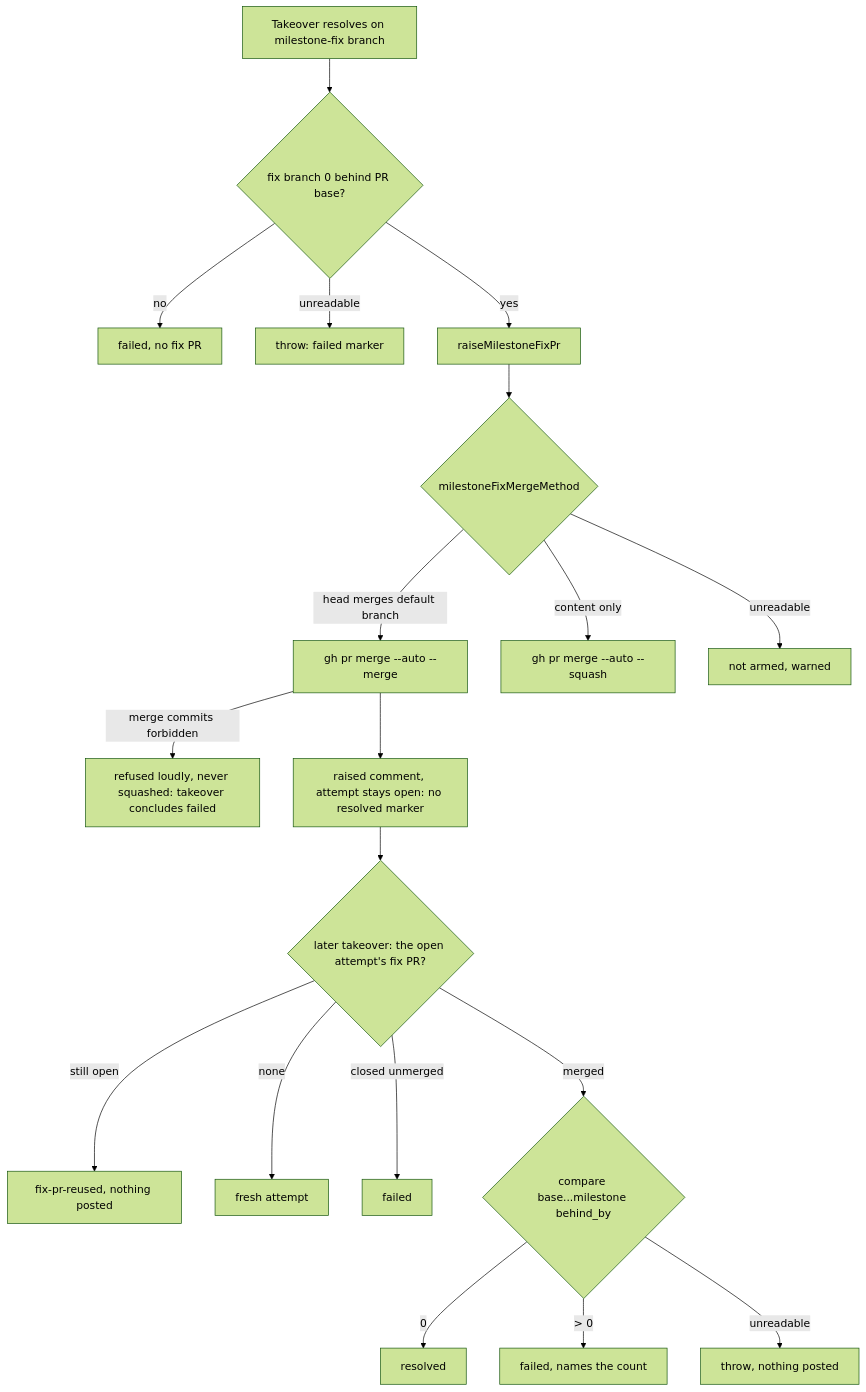
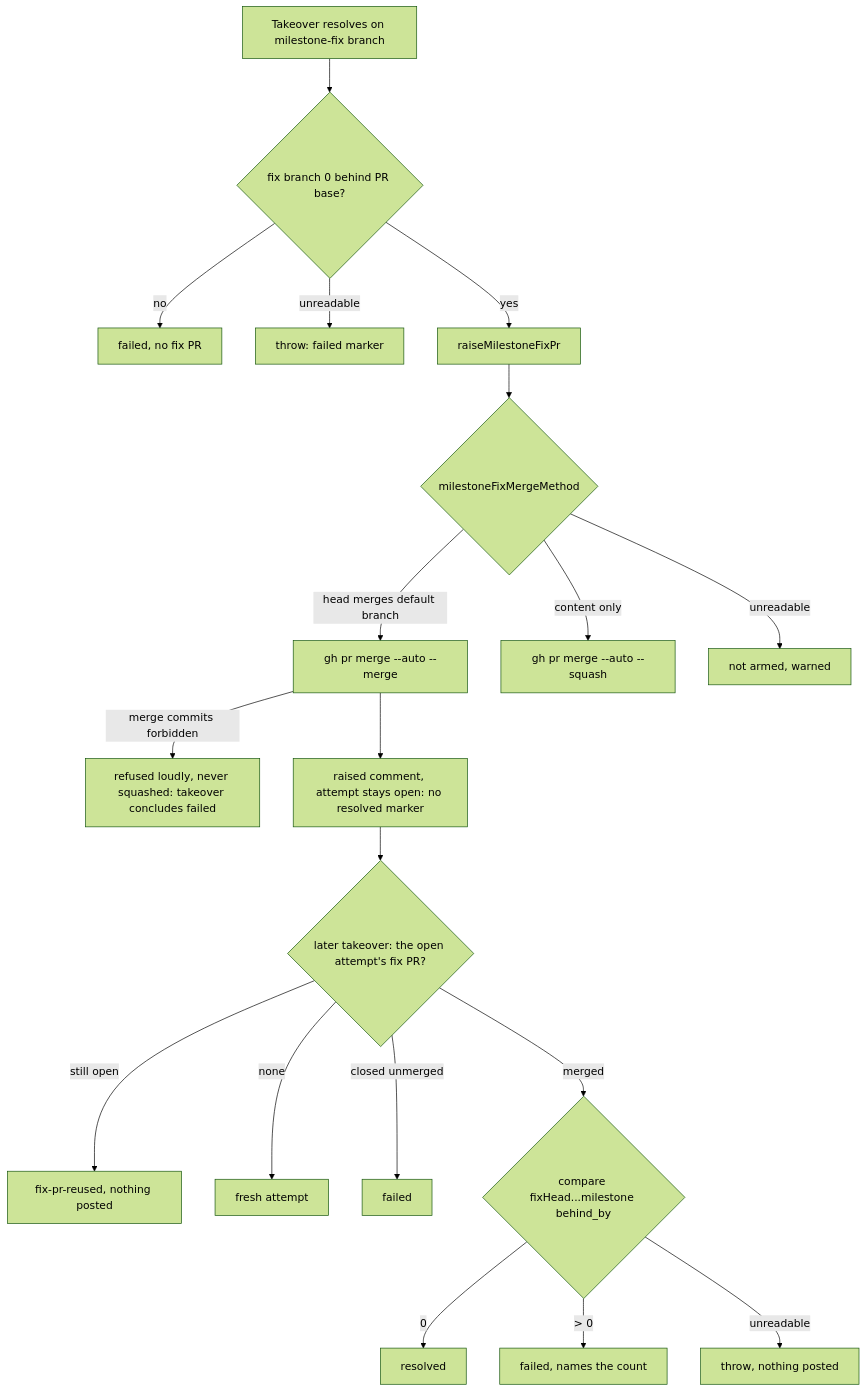
One commit to stSoftwareAU/VibeCoder changed the diagram in docs/archive/pr-summaries/pr-summary-3596.md. Above: the diagram before and after it, drawn with Mermaid (forest theme). The commit also changed other lines of this file and 3 other files, not shown here.

First line of the commit message:
Judge a landed takeover fix PR by its own head, not the base tip (#3596)

````diff
--- a/docs/archive/pr-summaries/pr-summary-3596.md
+++ b/docs/archive/pr-summaries/pr-summary-3596.md
@@ -30,21 +30,21 @@
 ```mermaid
 flowchart TD
     A[Takeover resolves on milestone-fix branch] --> B{fix branch 0 behind PR base?}
     B -- no --> F[failed, no fix PR]
     B -- unreadable --> T[throw: failed marker]
     B -- yes --> C[raiseMilestoneFixPr]
     C --> D{milestoneFixMergeMethod}
     D -- head merges default branch --> M["gh pr merge --auto --merge"]
     D -- content only --> S["gh pr merge --auto --squash"]
     D -- unreadable --> U[not armed, warned]
     M -- merge commits forbidden --> R[refused loudly, never squashed: takeover concludes failed]
     M --> P[raised comment, attempt stays open: no resolved marker]
     P --> X{later takeover: the open attempt's fix PR?}
     X -- "still open" --> XR[fix-pr-reused, nothing posted]
     X -- "none" --> XN[fresh attempt]
     X -- "closed unmerged" --> XF[failed]
-    X -- merged --> Y{"compare base...milestone behind_by"}
+    X -- merged --> Y{"compare fixHead...milestone behind_by"}
     Y -- 0 --> RS[resolved]
     Y -- "> 0" --> YF[failed, names the count]
     Y -- unreadable --> YT[throw, nothing posted]
 ```
````
